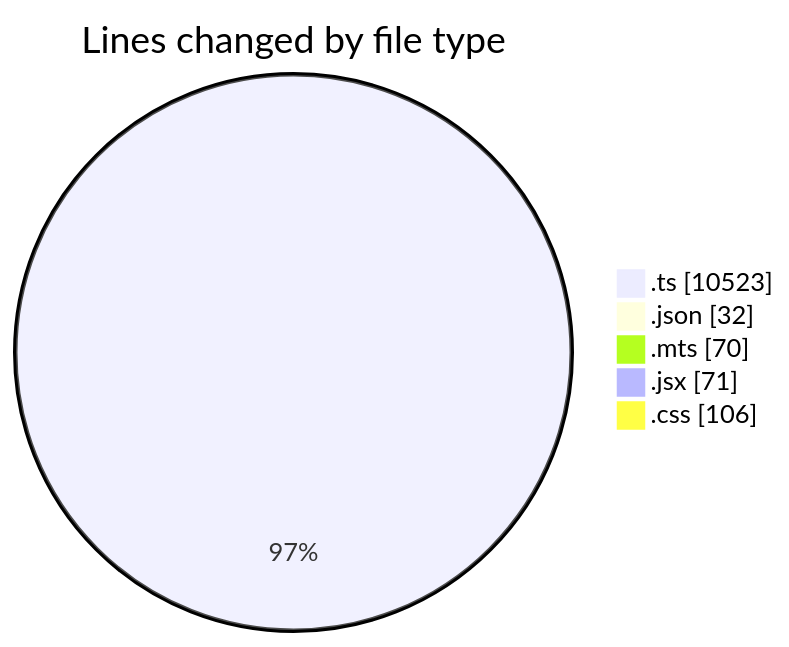
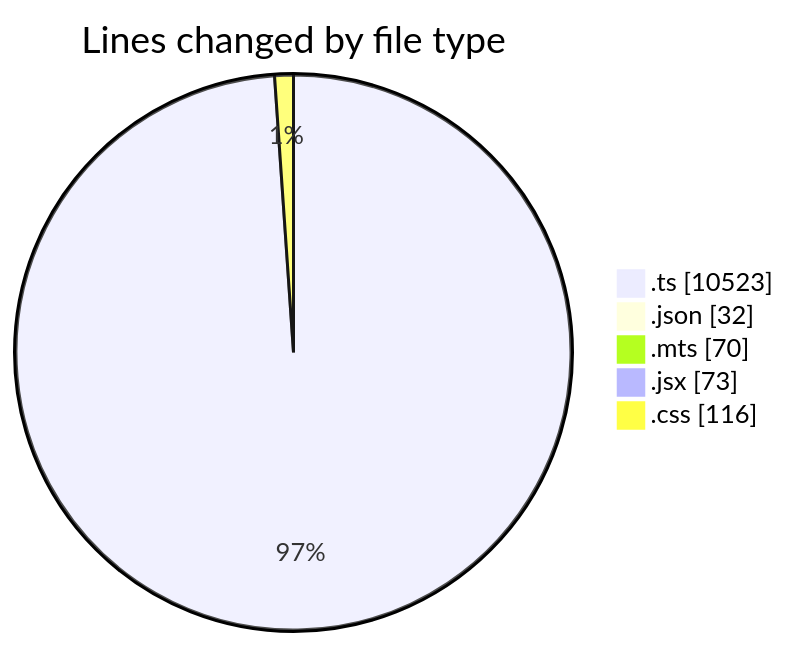
The first of 2 diagrams in 2025-05-25/projects/README.md (Ritupan-Deka/code-tracking), drawn with Mermaid before and after one commit. The commit also changed other lines of this file and 1 other file, not shown here.

````diff
--- a/2025-05-25/projects/README.md
+++ b/2025-05-25/projects/README.md
@@ -51,9 +51,9 @@
 ```mermaid
 pie showData
 title Lines changed by file type
 ".ts" : 10523
 ".json" : 32
 ".mts" : 70
-".jsx" : 71
-".css" : 106
+".jsx" : 73
+".css" : 116
 ```
````
